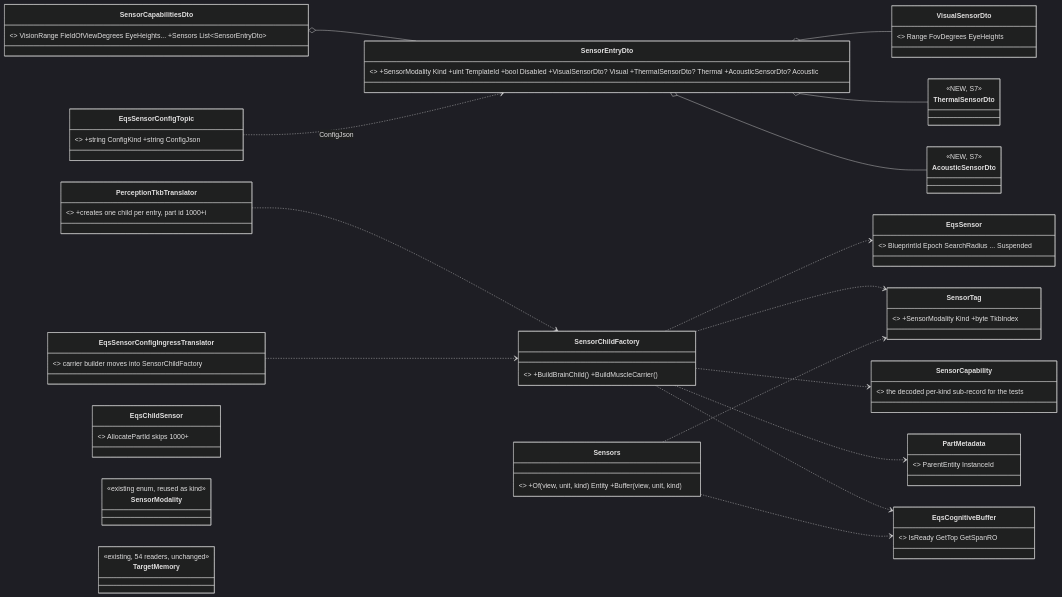
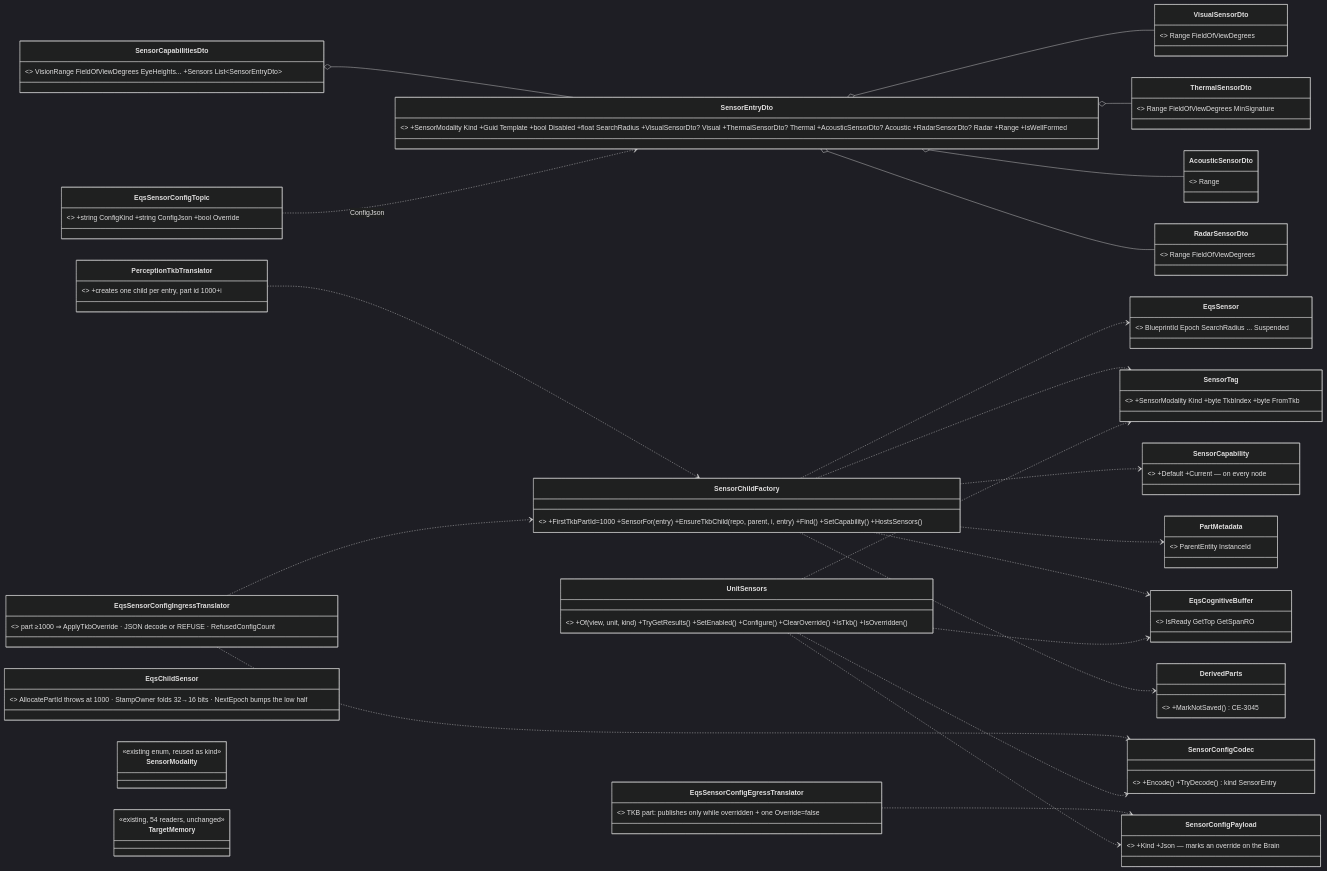
One commit to pjanec/HROT changed the second of 10 diagrams in docs/DESIGN_Sensors_And_Doctrine.md. Above: the diagram before and after it, drawn with Mermaid (dark theme). The commit also changed other lines of this file and 22 other files, not shown here.

First line of the commit message:
CE-3036 (S3): TKB sensor list + one sensor child factory; CE-3045 derived parts never saved; CE-3049 epoch stamp aliasing

````diff
--- a/docs/DESIGN_Sensors_And_Doctrine.md
+++ b/docs/DESIGN_Sensors_And_Doctrine.md
@@ -106,36 +106,47 @@
 ```mermaid
 classDiagram
   direction LR
   class SensorCapabilitiesDto { <<existing TKB, grows>> VisionRange FieldOfViewDegrees EyeHeights... +Sensors List~SensorEntryDto~ }
-  class SensorEntryDto { <<NEW TKB>> +SensorModality Kind +uint TemplateId +bool Disabled +VisualSensorDto? Visual +ThermalSensorDto? Thermal +AcousticSensorDto? Acoustic }
-  class VisualSensorDto { <<NEW>> Range FovDegrees EyeHeights }
-  class ThermalSensorDto { <<NEW, S7>> }
-  class AcousticSensorDto { <<NEW, S7>> }
+  class SensorEntryDto { <<NEW TKB, BUILT>> +SensorModality Kind +Guid Template +bool Disabled +float SearchRadius +VisualSensorDto? Visual +ThermalSensorDto? Thermal +AcousticSensorDto? Acoustic +RadarSensorDto? Radar +Range +IsWellFormed }
+  class VisualSensorDto { <<BUILT>> Range FieldOfViewDegrees }
+  class ThermalSensorDto { <<BUILT>> Range FieldOfViewDegrees MinSignature }
+  class AcousticSensorDto { <<BUILT>> Range }
+  class RadarSensorDto { <<BUILT>> Range FieldOfViewDegrees }
   class PerceptionTkbTranslator { <<existing, extended>> +creates one child per entry, part id 1000+i }
-  class SensorChildFactory { <<NEW, one builder>> +BuildBrainChild() +BuildMuscleCarrier() }
-  class EqsSensorConfigIngressTranslator { <<existing>> carrier builder moves into SensorChildFactory }
+  class SensorChildFactory { <<BUILT, one builder>> +FirstTkbPartId=1000 +SensorFor(entry) +EnsureTkbChild(repo, parent, i, entry) +Find() +SetCapability() +HostsSensors() }
+  class EqsSensorConfigIngressTranslator { <<existing, extended>> part ≥1000 ⇒ ApplyTkbOverride · JSON decode or REFUSE · RefusedConfigCount }
+  class EqsSensorConfigEgressTranslator { <<existing, extended>> TKB part: publishes only while overridden + one Override=false }
   class EqsSensor { <<existing>> BlueprintId Epoch SearchRadius ... Suspended }
-  class SensorTag { <<NEW component>> +SensorModality Kind +byte TkbIndex }
-  class SensorCapability { <<NEW Muscle-only>> the decoded per-kind sub-record for the tests }
+  class SensorTag { <<BUILT, id 306>> +SensorModality Kind +byte TkbIndex +byte FromTkb }
+  class SensorCapability { <<BUILT managed, id 307>> +Default +Current — on every node }
+  class SensorConfigPayload { <<BUILT managed, id 308, Transient>> +Kind +Json — marks an override on the Brain }
+  class SensorConfigCodec { <<BUILT>> +Encode() +TryDecode() kind SensorEntry }
+  class DerivedParts { <<BUILT>> +MarkNotSaved() CE-3045 }
   class PartMetadata { <<existing>> ParentEntity InstanceId }
   class EqsCognitiveBuffer { <<existing>> IsReady GetTop GetSpanRO }
-  class EqsSensorConfigTopic { <<existing wire, grows>> +string ConfigKind +string ConfigJson }
-  class EqsChildSensor { <<existing>> AllocatePartId skips 1000+ }
-  class Sensors { <<NEW static>> +Of(view, unit, kind) Entity +Buffer(view, unit, kind) }
+  class EqsSensorConfigTopic { <<existing wire, grows>> +string ConfigKind +string ConfigJson +bool Override }
+  class EqsChildSensor { <<existing>> AllocatePartId throws at 1000 · StampOwner folds 32→16 bits · NextEpoch bumps the low half }
+  class UnitSensors { <<BUILT static>> +Of(view, unit, kind) +TryGetResults() +SetEnabled() +Configure() +ClearOverride() +IsTkb() +IsOverridden() }
   class SensorModality { <<existing enum, reused as kind>> }
   class TargetMemory { <<existing, 54 readers, unchanged>> }
   SensorCapabilitiesDto o-- SensorEntryDto
   SensorEntryDto o-- VisualSensorDto
   SensorEntryDto o-- ThermalSensorDto
   SensorEntryDto o-- AcousticSensorDto
+  SensorEntryDto o-- RadarSensorDto
   PerceptionTkbTranslator ..> SensorChildFactory
   EqsSensorConfigIngressTranslator ..> SensorChildFactory
   SensorChildFactory ..> EqsSensor
   SensorChildFactory ..> SensorTag
   SensorChildFactory ..> SensorCapability
   SensorChildFactory ..> PartMetadata
   SensorChildFactory ..> EqsCognitiveBuffer
+  SensorChildFactory ..> DerivedParts
+  EqsSensorConfigIngressTranslator ..> SensorConfigCodec
+  EqsSensorConfigEgressTranslator ..> SensorConfigPayload
+  UnitSensors ..> SensorConfigPayload
+  UnitSensors ..> SensorConfigCodec
   EqsSensorConfigTopic ..> SensorEntryDto : ConfigJson
-  Sensors ..> SensorTag
-  Sensors ..> EqsCognitiveBuffer
+  UnitSensors ..> SensorTag
+  UnitSensors ..> EqsCognitiveBuffer
 ```
````
